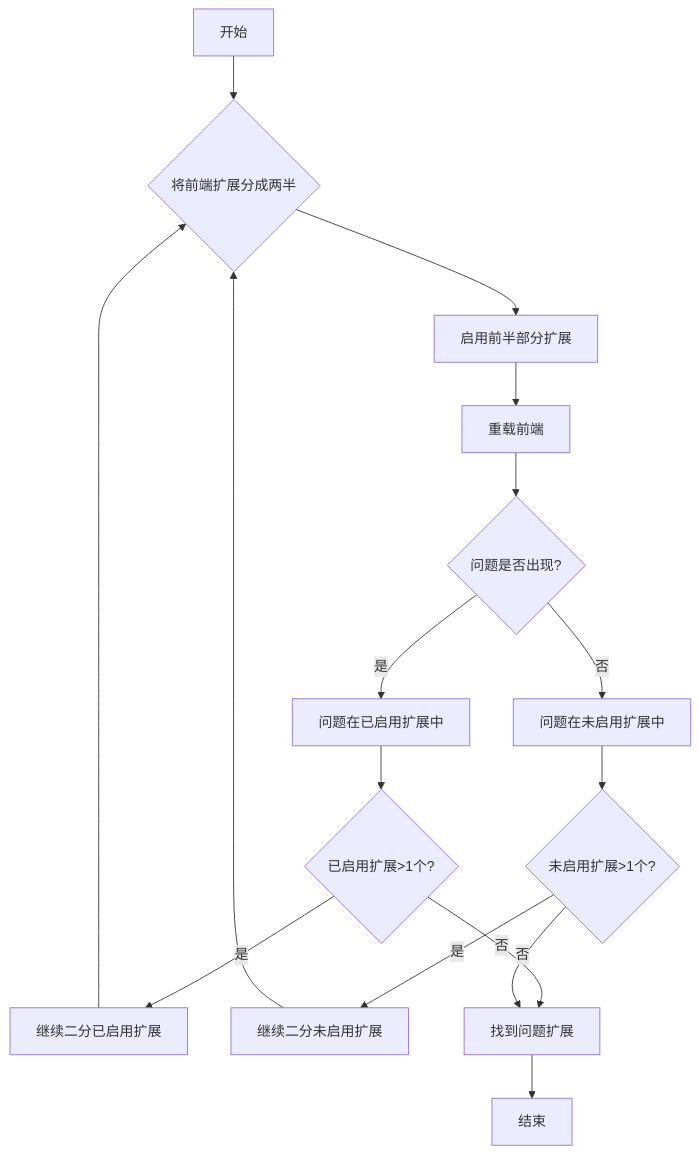
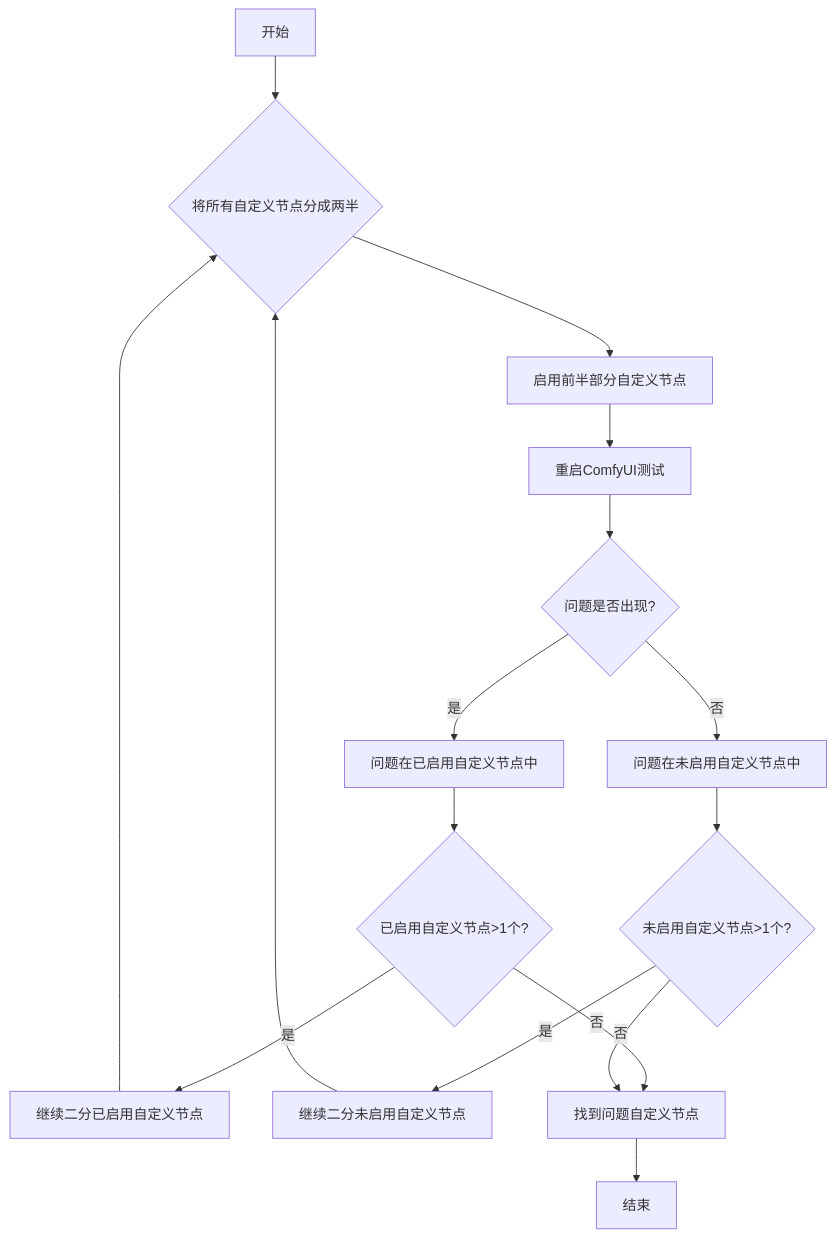
The second of 2 diagrams in zh-CN/troubleshooting/custom-node-issues.mdx (Comfy-Org/docs), drawn with Mermaid before and after one commit. The commit also changed other lines of this file and 4 other files, not shown here.

````diff
--- a/zh-CN/troubleshooting/custom-node-issues.mdx
+++ b/zh-CN/troubleshooting/custom-node-issues.mdx
@@ -60,18 +34,18 @@
-   ```mermaid
-   flowchart TD
-      A[开始] --> B{将前端扩展分成两半}
-      B --> C[启用前半部分扩展]
-      C --> D[重载前端]
-      D --> E{问题是否出现?}
-      E --> |是| F[问题在已启用扩展中]
-      E --> |否| G[问题在未启用扩展中]
-      F --> H{已启用扩展>1个?}
-      G --> I{未启用扩展>1个?}
-      H --> |是| J[继续二分已启用扩展]
-      I --> |是| K[继续二分未启用扩展]
-      H --> |否| L[找到问题扩展]
-      I --> |否| L
-      J --> B
-      K --> B
-      L --> M[结束]
-   ```
+```mermaid
+flowchart TD
+   A[开始] --> B{将所有自定义节点分成两半}
+   B --> C[启用前半部分自定义节点]
+   C --> D[重启ComfyUI测试]
+   D --> E{问题是否出现?}
+   E --> |是| F[问题在已启用自定义节点中]
+   E --> |否| G[问题在未启用自定义节点中]
+   F --> H{已启用自定义节点>1个?}
+   G --> I{未启用自定义节点>1个?}
+   H --> |是| J[继续二分已启用自定义节点]
+   I --> |是| K[继续二分未启用自定义节点]
+   H --> |否| L[找到问题自定义节点]
+   I --> |否| L
+   J --> B
+   K --> B
+   L --> M[结束]
+```
````
